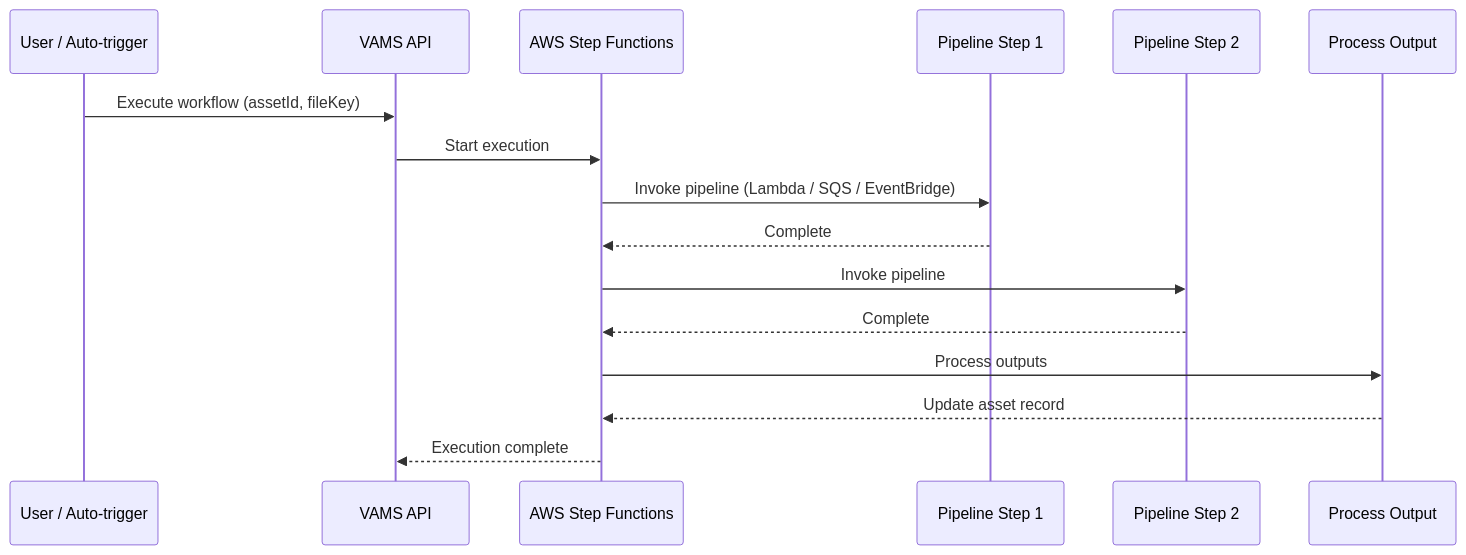
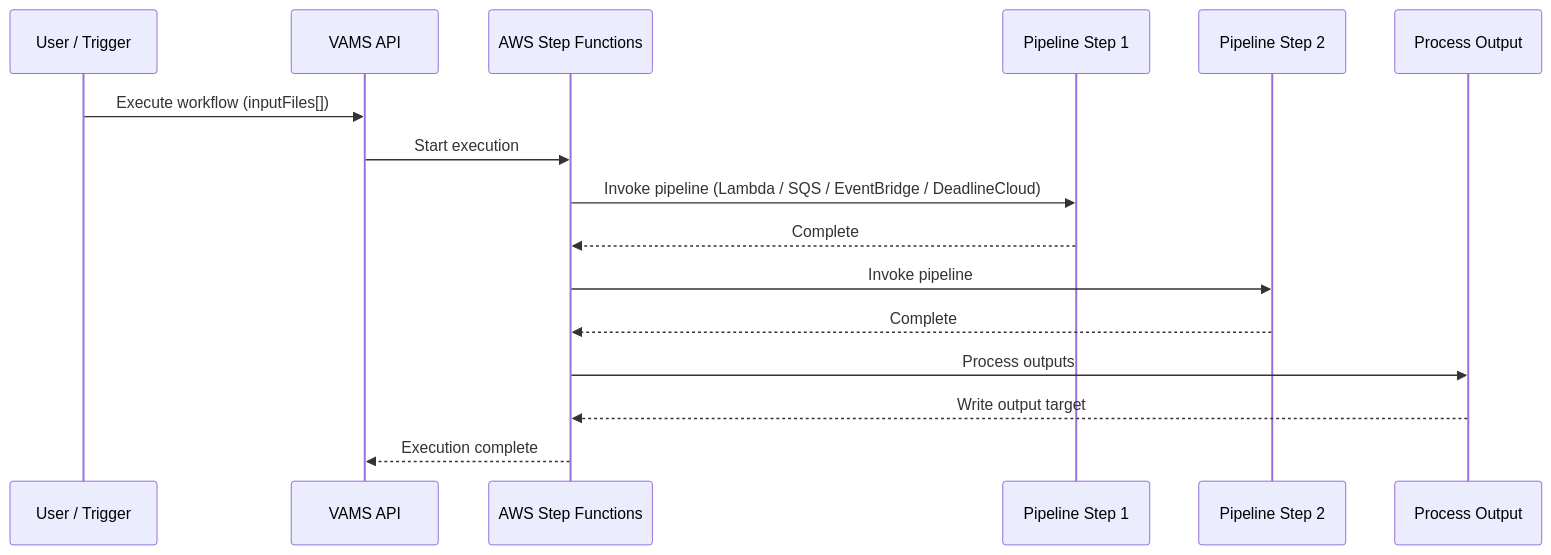
Before and after one commit to awslabs/visual-asset-management-system: the diagram in documentation/docusaurus-site/docs/concepts/pipelines-and-workflows.md, drawn with Mermaid. The commit also changed other lines of this file and 2239 other files, not shown here.

````diff
--- a/documentation/docusaurus-site/docs/concepts/pipelines-and-workflows.md
+++ b/documentation/docusaurus-site/docs/concepts/pipelines-and-workflows.md
@@ -119,19 +258,19 @@
 ```mermaid
 sequenceDiagram
-    participant U as User / Auto-trigger
+    participant U as User / Trigger
     participant API as VAMS API
     participant SFN as AWS Step Functions
     participant P1 as Pipeline Step 1
     participant P2 as Pipeline Step 2
     participant PO as Process Output
 
-    U->>API: Execute workflow (assetId, fileKey)
+    U->>API: Execute workflow (inputFiles[])
     API->>SFN: Start execution
-    SFN->>P1: Invoke pipeline (Lambda / SQS / EventBridge)
+    SFN->>P1: Invoke pipeline (Lambda / SQS / EventBridge / DeadlineCloud)
     P1-->>SFN: Complete
     SFN->>P2: Invoke pipeline
     P2-->>SFN: Complete
     SFN->>PO: Process outputs
-    PO-->>SFN: Update asset record
+    PO-->>SFN: Write output target
     SFN-->>API: Execution complete
 ```
````
